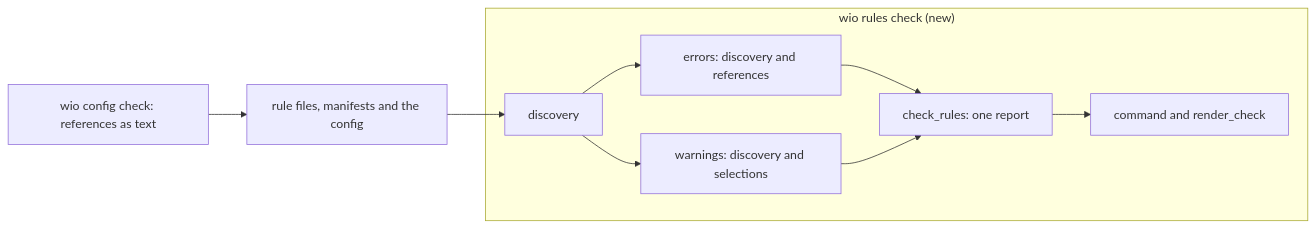
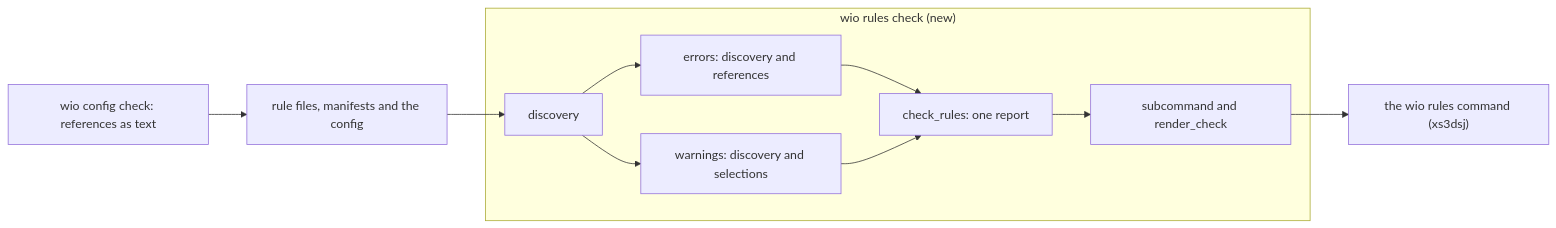
The second of 2 diagrams in .agents/wio/works/wio-rules/check/README.md (msitarz/wio), drawn with Mermaid before and after one commit. The commit also changed other lines of this file and 9 other files, not shown here.

First line of the commit message:
docs(rules): add the wio rules command and settle check, new and show after the third group review

````diff
--- a/.agents/wio/works/wio-rules/check/README.md
+++ b/.agents/wio/works/wio-rules/check/README.md
@@ -102,19 +99,21 @@
 ```mermaid
 flowchart LR
     cfgcheck["wio config check: references as text"]
     files["rule files, manifests and the config"]
+    shell["the wio rules command (xs3dsj)"]
     subgraph chk["wio rules check (new)"]
         disc["discovery"]
         errors["errors: discovery and references"]
         warnings["warnings: discovery and selections"]
         join["check_rules: one report"]
-        cmd["command and render_check"]
+        cmd["subcommand and render_check"]
     end
     cfgcheck --> files
     files --> disc
     disc --> errors
     disc --> warnings
     errors --> join
     warnings --> join
     join --> cmd
+    cmd --> shell
 ```
````
